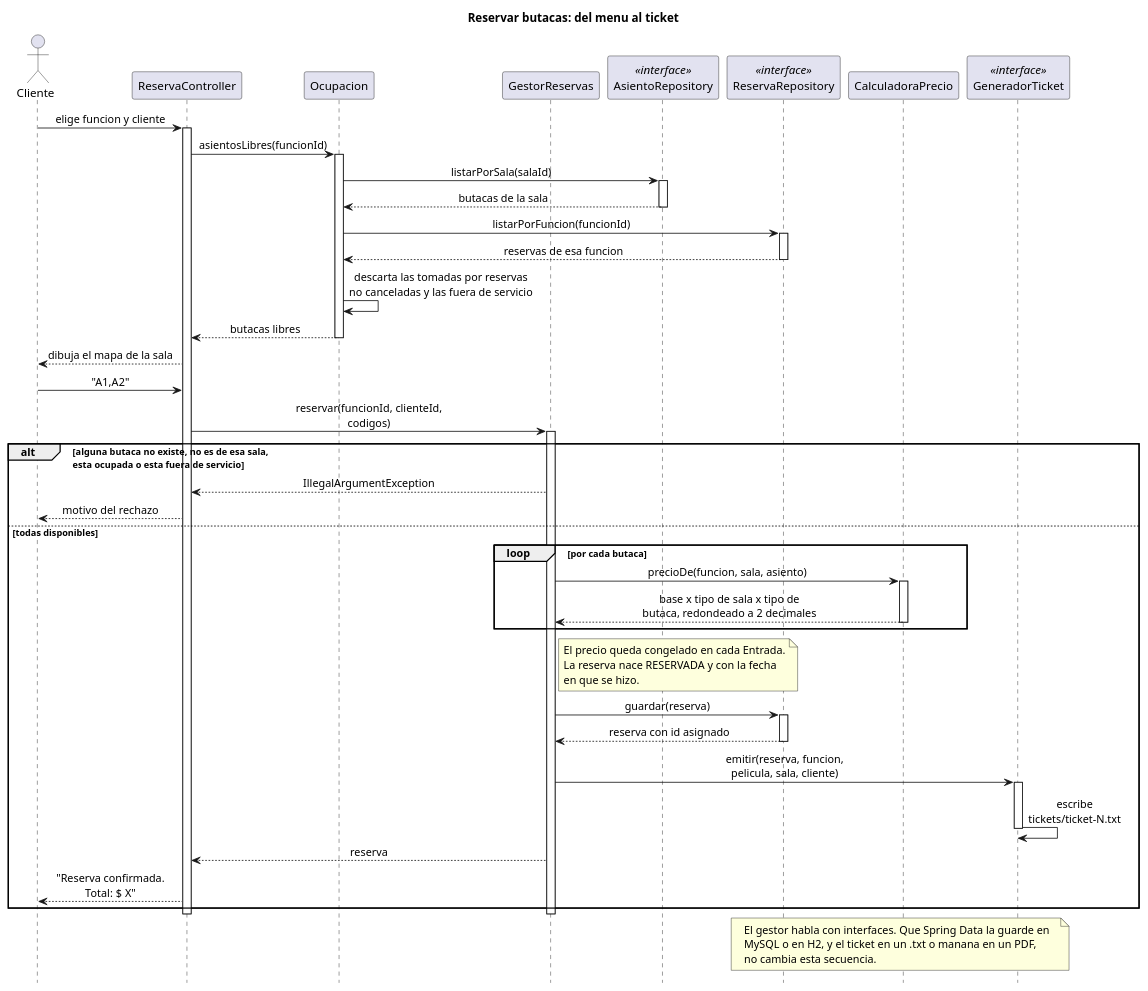
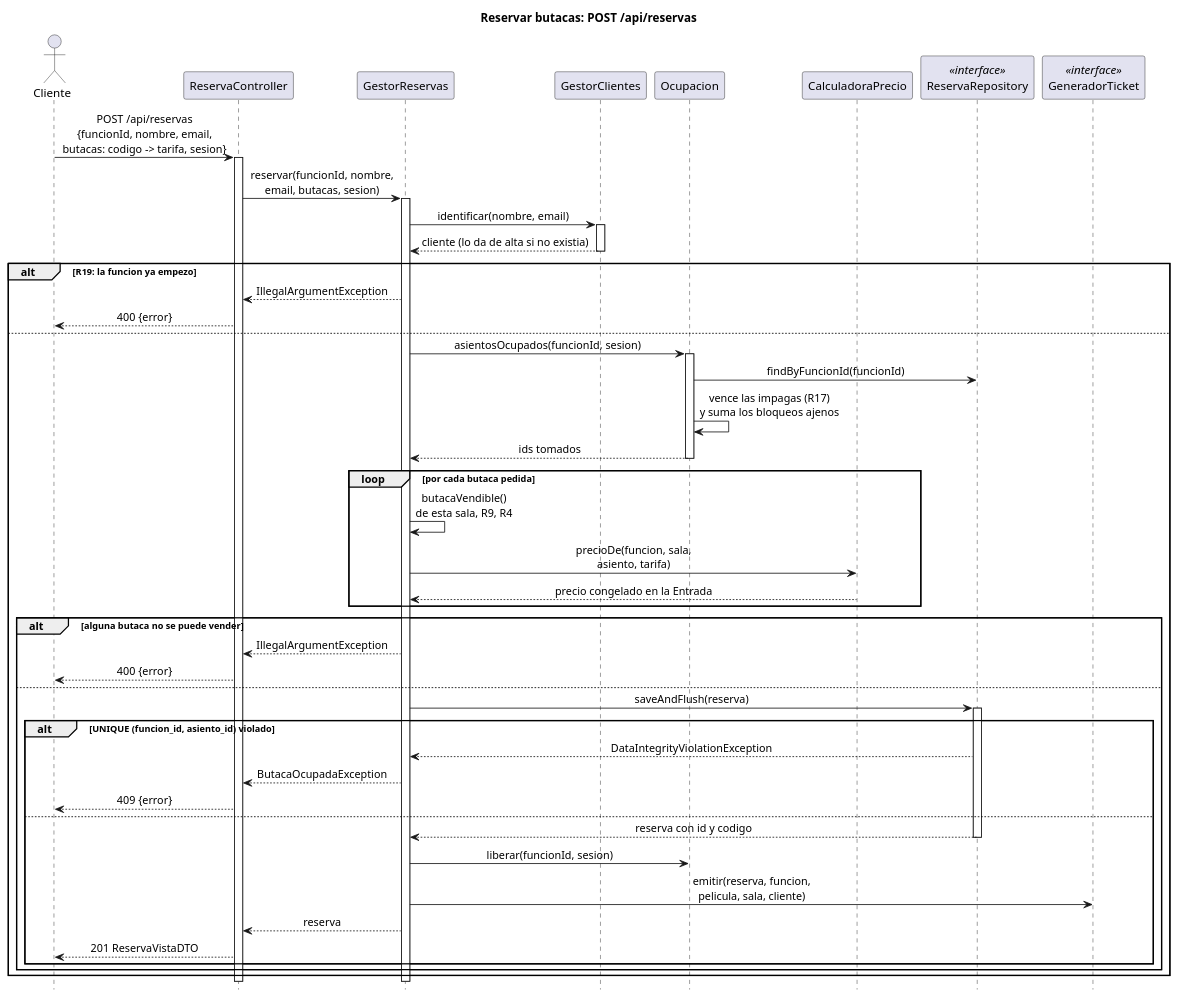
The diagram in _other/docs/diagramas/secuencia-reserva.puml (andreiveisuade/cine-uade), drawn with PlantUML before and after one commit. The commit also changed 3 other files, not shown here.

Commit message:
docs(diagramas): secuencias de reserva y candy con el flujo actual sobre repositorios

```diff
--- a/_other/docs/diagramas/secuencia-reserva.puml
+++ b/_other/docs/diagramas/secuencia-reserva.puml
@@ -1,78 +1,66 @@
 @startuml secuencia-reserva
-title Reservar butacas: del menu al ticket
+title Reservar butacas: POST /api/reservas
 
 skinparam sequenceMessageAlign center
 hide footbox
 
 actor Cliente
-participant "ReservaController" as UI
+participant "ReservaController" as Ctrl
+participant "GestorReservas" as Gestor
+participant "GestorClientes" as Clientes
 participant "Ocupacion" as Ocupacion
-participant "GestorReservas" as Gestor
-participant "AsientoRepository" as Asientos <<interface>>
-participant "ReservaRepository" as DAO <<interface>>
 participant "CalculadoraPrecio" as Precio
+participant "ReservaRepository" as Repo <<interface>>
 participant "GeneradorTicket" as Ticket <<interface>>
 
-Cliente -> UI : elige funcion y cliente
-activate UI
-
-UI -> Ocupacion : asientosLibres(funcionId)
-activate Ocupacion
-Ocupacion -> Asientos : listarPorSala(salaId)
-activate Asientos
-Asientos --> Ocupacion : butacas de la sala
-deactivate Asientos
-Ocupacion -> DAO : listarPorFuncion(funcionId)
-activate DAO
-DAO --> Ocupacion : reservas de esa funcion
-deactivate DAO
-Ocupacion -> Ocupacion : descarta las tomadas por reservas\nno canceladas y las fuera de servicio
-Ocupacion --> UI : butacas libres
-deactivate Ocupacion
-
-UI --> Cliente : dibuja el mapa de la sala
-Cliente -> UI : "A1,A2"
-
-UI -> Gestor : reservar(funcionId, clienteId,\ncodigos)
+Cliente -> Ctrl : POST /api/reservas\n{funcionId, nombre, email,\nbutacas: codigo -> tarifa, sesion}
+activate Ctrl
+Ctrl -> Gestor : reservar(funcionId, nombre,\nemail, butacas, sesion)
 activate Gestor
 
-alt alguna butaca no existe, no es de esa sala,\nesta ocupada o esta fuera de servicio
-  Gestor --> UI : IllegalArgumentException
-  UI --> Cliente : motivo del rechazo
-else todas disponibles
-  loop por cada butaca
-    Gestor -> Precio : precioDe(funcion, sala, asiento)
-    activate Precio
-    Precio --> Gestor : base x tipo de sala x tipo de\nbutaca, redondeado a 2 decimales
-    deactivate Precio
+Gestor -> Clientes : identificar(nombre, email)
+activate Clientes
+Clientes --> Gestor : cliente (lo da de alta si no existia)
+deactivate Clientes
+
+alt R19: la funcion ya empezo
+  Gestor --> Ctrl : IllegalArgumentException
+  Ctrl --> Cliente : 400 {error}
+else
+  Gestor -> Ocupacion : asientosOcupados(funcionId, sesion)
+  activate Ocupacion
+  Ocupacion -> Repo : findByFuncionId(funcionId)
+  Ocupacion -> Ocupacion : vence las impagas (R17)\ny suma los bloqueos ajenos
+  Ocupacion --> Gestor : ids tomados
+  deactivate Ocupacion
+
+  loop por cada butaca pedida
+    Gestor -> Gestor : butacaVendible()\nde esta sala, R9, R4
+    Gestor -> Precio : precioDe(funcion, sala,\nasiento, tarifa)
+    Precio --> Gestor : precio congelado en la Entrada
   end
 
-  note right of Gestor
-    El precio queda congelado en cada Entrada.
-    La reserva nace RESERVADA y con la fecha
-    en que se hizo.
-  end note
-
-  Gestor -> DAO : guardar(reserva)
-  activate DAO
-  DAO --> Gestor : reserva con id asignado
-  deactivate DAO
-
-  Gestor -> Ticket : emitir(reserva, funcion,\npelicula, sala, cliente)
-  activate Ticket
-  Ticket -> Ticket : escribe\ntickets/ticket-N.txt
-  deactivate Ticket
-
-  Gestor --> UI : reserva
-  UI --> Cliente : "Reserva confirmada.\nTotal: $ X"
+  alt alguna butaca no se puede vender
+    Gestor --> Ctrl : IllegalArgumentException
+    Ctrl --> Cliente : 400 {error}
+  else
+    Gestor -> Repo : saveAndFlush(reserva)
+    activate Repo
+    alt UNIQUE (funcion_id, asiento_id) violado
+      Repo --> Gestor : DataIntegrityViolationException
+      Gestor --> Ctrl : ButacaOcupadaException
+      Ctrl --> Cliente : 409 {error}
+    else
+      Repo --> Gestor : reserva con id y codigo
+      deactivate Repo
+      Gestor -> Ocupacion : liberar(funcionId, sesion)
+      Gestor -> Ticket : emitir(reserva, funcion,\npelicula, sala, cliente)
+      Gestor --> Ctrl : reserva
+      Ctrl --> Cliente : 201 ReservaVistaDTO
+    end
+  end
 end
 deactivate Gestor
-deactivate UI
-
-note over DAO, Ticket
-  El gestor habla con interfaces. Que Spring Data la guarde en
-  MySQL o en H2, y el ticket en un .txt o manana en un PDF,
-  no cambia esta secuencia.
-end note
+deactivate Ctrl
 
 @enduml
```
